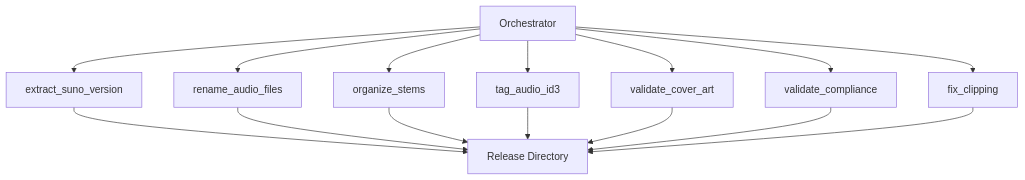
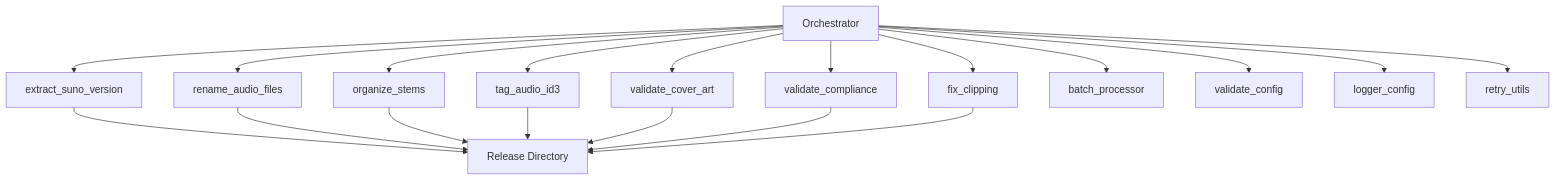
One commit to elirancv/DistroKid-Release-Packer changed the diagram in scripts/README.md. Above: the diagram before and after it, drawn with Mermaid. The commit also changed other lines of this file and 4 other files, not shown here.

````diff
--- a/scripts/README.md
+++ b/scripts/README.md
@@ -52,17 +54,21 @@
 ```mermaid
 flowchart TD
     A[Orchestrator] --> B[extract_suno_version]
     A --> C[rename_audio_files]
     A --> D[organize_stems]
     A --> E[tag_audio_id3]
     A --> F[validate_cover_art]
     A --> G[validate_compliance]
     A --> H[fix_clipping]
-    B --> I[Release Directory]
-    C --> I
-    D --> I
-    E --> I
-    F --> I
-    G --> I
-    H --> I
+    A --> I[batch_processor]
+    A --> J[validate_config]
+    A --> K[logger_config]
+    A --> L[retry_utils]
+    B --> M[Release Directory]
+    C --> M
+    D --> M
+    E --> M
+    F --> M
+    G --> M
+    H --> M
 ```
````
